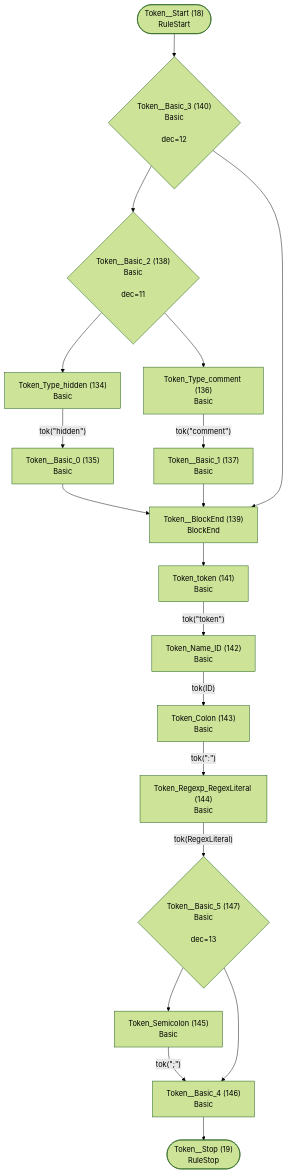
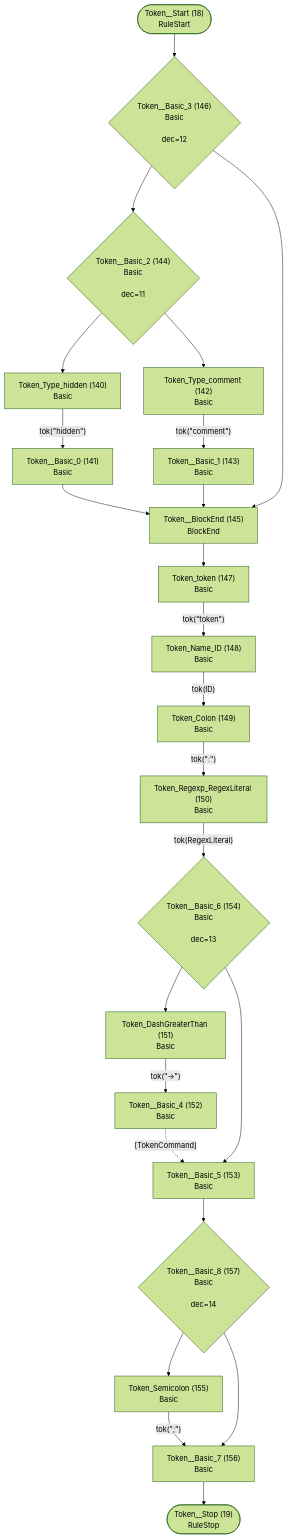
Before and after one commit to TypeFox/fastbelt: the tenth of 28 diagrams in internal/grammar/atn.md, drawn with Mermaid (forest theme). The commit also changed other lines of this file and 8 other files, not shown here.

````diff
--- a/internal/grammar/atn.md
+++ b/internal/grammar/atn.md
@@ -276,38 +281,47 @@
 ```mermaid
 flowchart TD
     q18(["Token__Start (18)<br/>RuleStart"])
     q19(["Token__Stop (19)<br/>RuleStop"])
-    q134["Token_Type_hidden (134)<br/>Basic<br/>"]
-    q135["Token__Basic_0 (135)<br/>Basic<br/>"]
-    q136["Token_Type_comment (136)<br/>Basic<br/>"]
-    q137["Token__Basic_1 (137)<br/>Basic<br/>"]
-    q138{"Token__Basic_2 (138)<br/>Basic<br/><br/>dec=11"}
-    q139["Token__BlockEnd (139)<br/>BlockEnd<br/>"]
-    q140{"Token__Basic_3 (140)<br/>Basic<br/><br/>dec=12"}
-    q141["Token_token (141)<br/>Basic<br/>"]
-    q142["Token_Name_ID (142)<br/>Basic<br/>"]
-    q143["Token_Colon (143)<br/>Basic<br/>"]
-    q144["Token_Regexp_RegexLiteral (144)<br/>Basic<br/>"]
-    q145["Token_Semicolon (145)<br/>Basic<br/>"]
-    q146["Token__Basic_4 (146)<br/>Basic<br/>"]
-    q147{"Token__Basic_5 (147)<br/>Basic<br/><br/>dec=13"}
+    q140["Token_Type_hidden (140)<br/>Basic<br/>"]
+    q141["Token__Basic_0 (141)<br/>Basic<br/>"]
+    q142["Token_Type_comment (142)<br/>Basic<br/>"]
+    q143["Token__Basic_1 (143)<br/>Basic<br/>"]
+    q144{"Token__Basic_2 (144)<br/>Basic<br/><br/>dec=11"}
+    q145["Token__BlockEnd (145)<br/>BlockEnd<br/>"]
+    q146{"Token__Basic_3 (146)<br/>Basic<br/><br/>dec=12"}
+    q147["Token_token (147)<br/>Basic<br/>"]
+    q148["Token_Name_ID (148)<br/>Basic<br/>"]
+    q149["Token_Colon (149)<br/>Basic<br/>"]
+    q150["Token_Regexp_RegexLiteral (150)<br/>Basic<br/>"]
+    q151["Token_DashGreaterThan (151)<br/>Basic<br/>"]
+    q152["Token__Basic_4 (152)<br/>Basic<br/>"]
+    q153["Token__Basic_5 (153)<br/>Basic<br/>"]
+    q154{"Token__Basic_6 (154)<br/>Basic<br/><br/>dec=13"}
+    q155["Token_Semicolon (155)<br/>Basic<br/>"]
+    q156["Token__Basic_7 (156)<br/>Basic<br/>"]
+    q157{"Token__Basic_8 (157)<br/>Basic<br/><br/>dec=14"}
 
-    q18 --> q140
-    q134 -->|"tok(&quot;hidden&quot;)"| q135
-    q135 --> q139
-    q136 -->|"tok(&quot;comment&quot;)"| q137
-    q137 --> q139
-    q138 --> q134
-    q138 --> q136
-    q139 --> q141
-    q140 --> q138
-    q140 --> q139
-    q141 -->|"tok(&quot;token&quot;)"| q142
-    q142 -->|"tok(ID)"| q143
-    q143 -->|"tok(&quot;:&quot;)"| q144
-    q144 -->|"tok(RegexLiteral)"| q147
-    q145 -->|"tok(&quot;;&quot;)"| q146
-    q146 --> q19
-    q147 --> q145
-    q147 --> q146
+    q18 --> q146
+    q140 -->|"tok(&quot;hidden&quot;)"| q141
+    q141 --> q145
+    q142 -->|"tok(&quot;comment&quot;)"| q143
+    q143 --> q145
+    q144 --> q140
+    q144 --> q142
+    q145 --> q147
+    q146 --> q144
+    q146 --> q145
+    q147 -->|"tok(&quot;token&quot;)"| q148
+    q148 -->|"tok(ID)"| q149
+    q149 -->|"tok(&quot;:&quot;)"| q150
+    q150 -->|"tok(RegexLiteral)"| q154
+    q151 -->|"tok(&quot;->&quot;)"| q152
+    q152 -.->|"[TokenCommand]"| q153
+    q153 --> q157
+    q154 --> q151
+    q154 --> q153
+    q155 -->|"tok(&quot;;&quot;)"| q156
+    q156 --> q19
+    q157 --> q155
+    q157 --> q156
 ```
````
